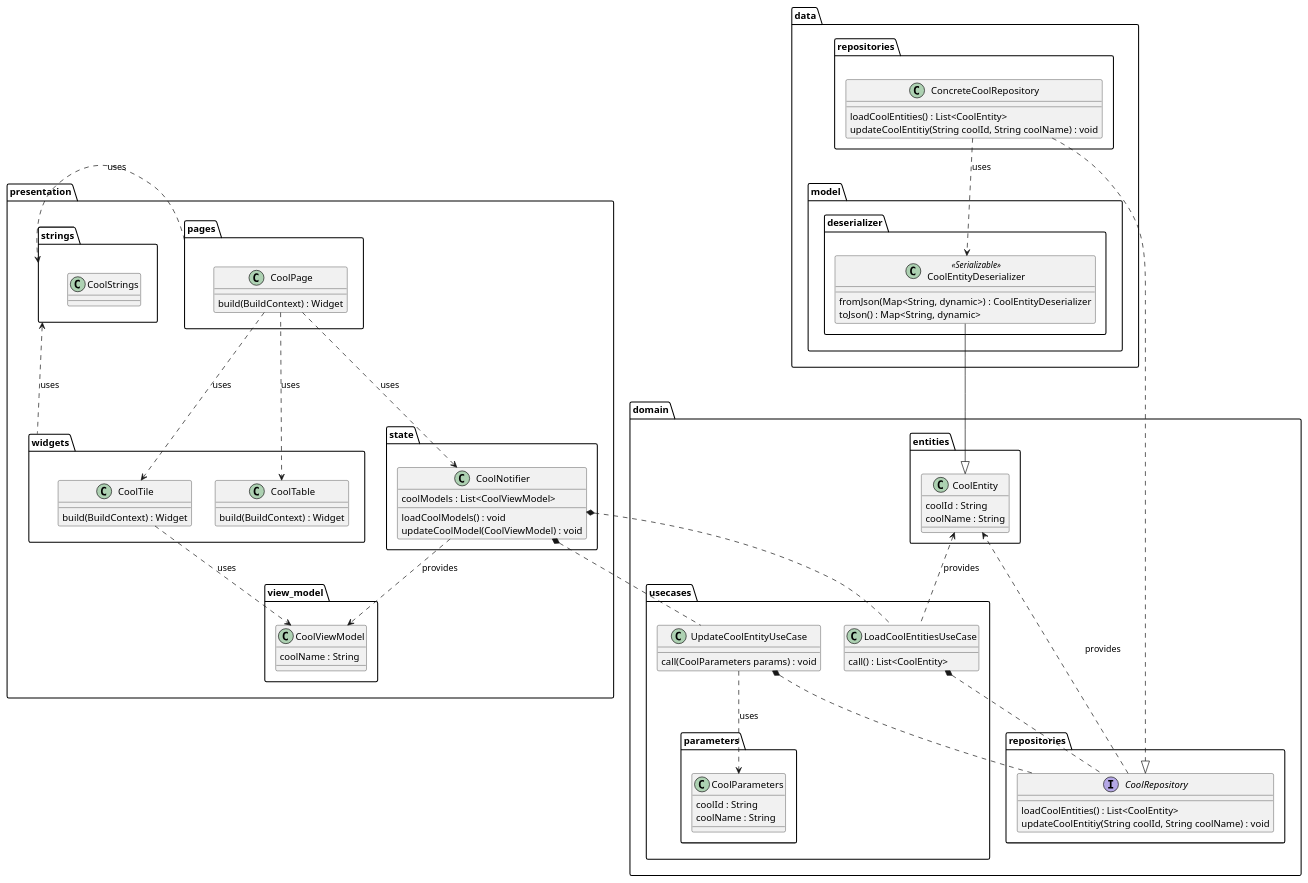
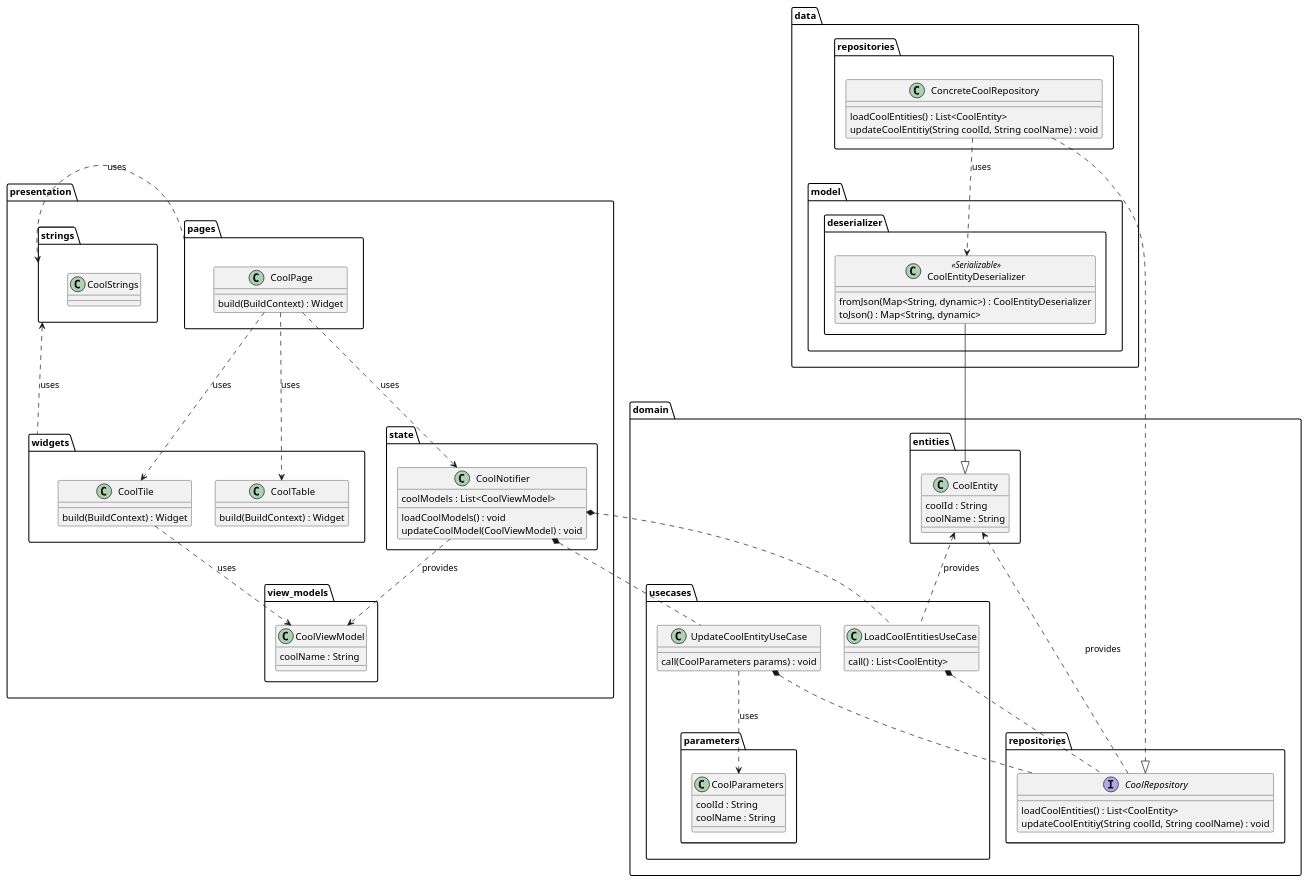
One commit to Flank/flank-dashboard changed the diagram in metrics/web/docs/diagrams/web_architecture_class_diagram.puml. Above: the diagram before and after it, drawn with PlantUML. The commit also changed 3 other files, not shown here.

Commit message:
Create web module architecture doc

```diff
--- a/metrics/web/docs/diagrams/web_architecture_class_diagram.puml
+++ b/metrics/web/docs/diagrams/web_architecture_class_diagram.puml
@@ -1,115 +1,115 @@
 @startuml theme_data_class_diagram
 
 package data {
     package model.deserializer {
         class CoolEntityDeserializer <<Serializable>> {
             fromJson(Map<String, dynamic>) : CoolEntityDeserializer
             toJson() : Map<String, dynamic>
         }
     }
 
     package data.repositories {
         class ConcreteCoolRepository {
             loadCoolEntities() : List<CoolEntity>
             updateCoolEntitiy(String coolId, String coolName) : void
         }
     }
 }
 
 package domain {
 
     package entities {
         class CoolEntity {
             coolId : String
             coolName : String
         }
     }
 
     package usecases {
         package parameters {
             class CoolParameters {
                 coolId : String
                 coolName : String
             }
         }
 
         class LoadCoolEntitiesUseCase {
             call() : List<CoolEntity>
         }
 
         class UpdateCoolEntityUseCase {
             call(CoolParameters params) : void
         }
     }
 
     package domain.repositories {
         interface CoolRepository {
             loadCoolEntities() : List<CoolEntity>
             updateCoolEntitiy(String coolId, String coolName) : void
         }
     }
 }
 
 package presentation {
-    package view_model {
+    package view_models {
         class CoolViewModel {
             coolName : String
         }
     }
 
     package pages {
         class CoolPage {
             build(BuildContext) : Widget
         }
     }
 
     package state {
         class CoolNotifier {
             coolModels : List<CoolViewModel>
 
             loadCoolModels() : void
             updateCoolModel(CoolViewModel) : void
         }
     }
 
     package strings {
         class CoolStrings {}
     }
 
     package widgets {
         class CoolTile {
             build(BuildContext) : Widget
         }
 
         class CoolTable {
             build(BuildContext) : Widget
         }
     }
 
 }
 
 ConcreteCoolRepository ..|> CoolRepository
 ConcreteCoolRepository ..> CoolEntityDeserializer : uses
 
 CoolRepository ..> CoolEntity : provides
 
 CoolEntityDeserializer --|> CoolEntity
 
 LoadCoolEntitiesUseCase *.. CoolRepository
 UpdateCoolEntityUseCase *.. CoolRepository
 LoadCoolEntitiesUseCase .up.> CoolEntity : provides
 UpdateCoolEntityUseCase ..> CoolParameters : uses
 
 CoolNotifier *.. UpdateCoolEntityUseCase
 CoolNotifier *.. LoadCoolEntitiesUseCase
 CoolNotifier ..> CoolViewModel : provides
 
 CoolPage ..> CoolNotifier : uses
 CoolPage ..> CoolTile : uses
 CoolPage ..> CoolTable : uses
 CoolTile ..> CoolViewModel : uses
 
 pages .right.> strings : uses
 widgets .up.> strings : uses
 
 @enduml
```
